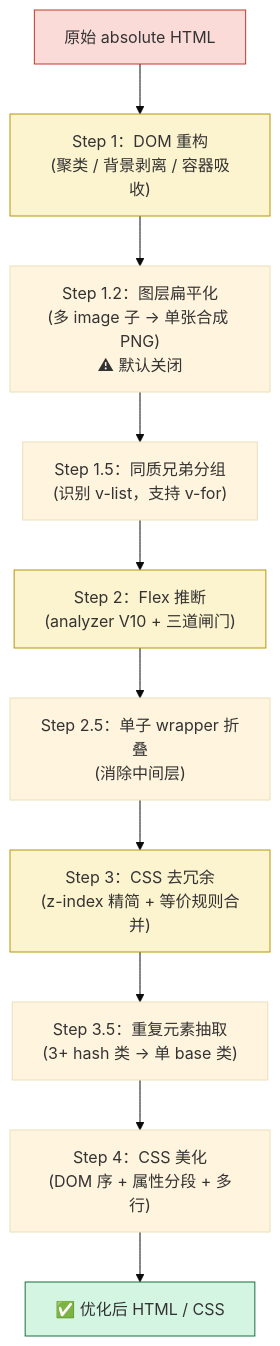
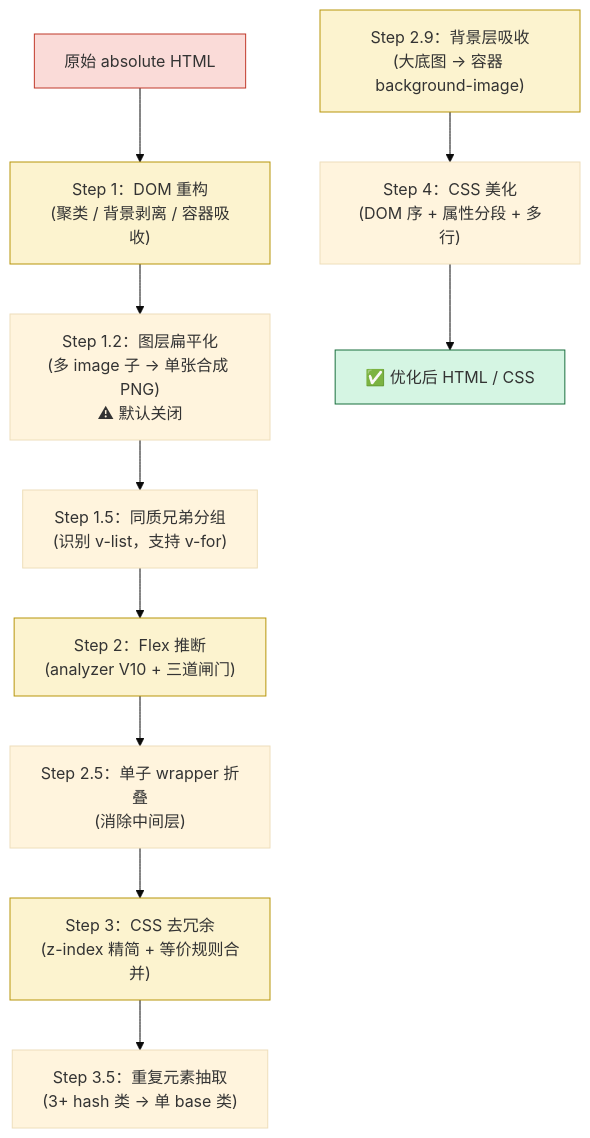
One commit to miaowmiaow/psd2code changed the second of 2 diagrams in README.md. Above: the diagram before and after it, drawn with Mermaid (base theme). The commit also changed other lines of this file and 133 other files, not shown here.

````diff
--- a/README.md
+++ b/README.md
@@ -405,18 +411,20 @@
 ```mermaid
 flowchart TD
     A["原始 absolute HTML"] --> B["Step 1：DOM 重构<br/>(聚类 / 背景剥离 / 容器吸收)"]
     B --> C["Step 1.2：图层扁平化<br/>(多 image 子 → 单张合成 PNG)<br/>⚠ 默认关闭"]
     C --> D["Step 1.5：同质兄弟分组<br/>(识别 v-list，支持 v-for)"]
     D --> E["Step 2：Flex 推断<br/>(analyzer V10 + 三道闸门)"]
     E --> F["Step 2.5：单子 wrapper 折叠<br/>(消除中间层)"]
     F --> G["Step 3：CSS 去冗余<br/>(z-index 精简 + 等价规则合并)"]
     G --> G2["Step 3.5：重复元素抽取<br/>(3+ hash 类 → 单 base 类)"]
-    G2 --> H["Step 4：CSS 美化<br/>(DOM 序 + 属性分段 + 多行)"]
+    G3["Step 2.9：背景层吸收<br/>(大底图 → 容器 background-image)"]
+    G3 --> H["Step 4：CSS 美化<br/>(DOM 序 + 属性分段 + 多行)"]
     H --> I["✅ 优化后 HTML / CSS"]
 
     style A fill:#fadbd8,stroke:#c0392b
     style I fill:#d5f5e3,stroke:#196f3d
     style B fill:#fcf3cf,stroke:#b7950b
     style E fill:#fcf3cf,stroke:#b7950b
     style G fill:#fcf3cf,stroke:#b7950b
+    style G3 fill:#fcf3cf,stroke:#b7950b
 ```
````
